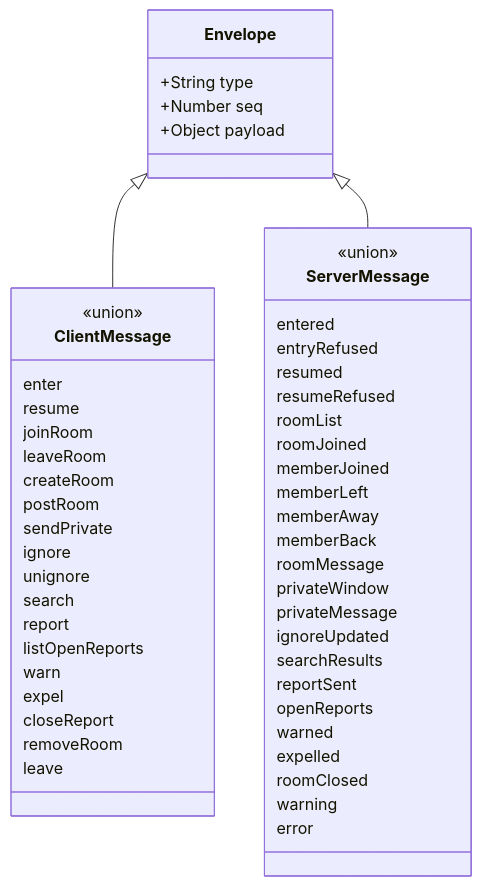
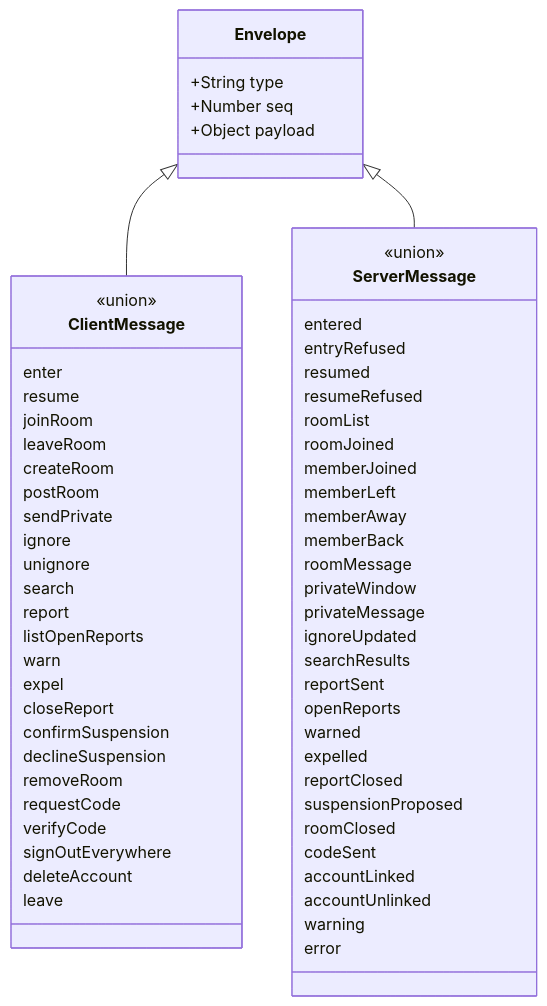
Before and after one commit to benoit-bremaud/asv: the diagram in docs/architecture/diagrams/platform/04-class-protocol.md, drawn with Mermaid. The commit also changed other lines of this file and 43 other files, not shown here.

First line of the commit message:
docs: accounts for private messages, strikes, legal-first roadmap

````diff
--- a/docs/architecture/diagrams/platform/04-class-protocol.md
+++ b/docs/architecture/diagrams/platform/04-class-protocol.md
@@ -15,55 +15,66 @@
 ```mermaid
 classDiagram
   class Envelope {
     +String type
     +Number seq
     +Object payload
   }
   class ClientMessage {
     <<union>>
     enter
     resume
     joinRoom
     leaveRoom
     createRoom
     postRoom
     sendPrivate
     ignore
     unignore
     search
     report
     listOpenReports
     warn
     expel
     closeReport
+    confirmSuspension
+    declineSuspension
     removeRoom
+    requestCode
+    verifyCode
+    signOutEverywhere
+    deleteAccount
     leave
   }
   class ServerMessage {
     <<union>>
     entered
     entryRefused
     resumed
     resumeRefused
     roomList
     roomJoined
     memberJoined
     memberLeft
     memberAway
     memberBack
     roomMessage
     privateWindow
     privateMessage
     ignoreUpdated
     searchResults
     reportSent
     openReports
     warned
     expelled
+    reportClosed
+    suspensionProposed
     roomClosed
+    codeSent
+    accountLinked
+    accountUnlinked
     warning
     error
   }
   Envelope <|-- ClientMessage
   Envelope <|-- ServerMessage
 ```
````
